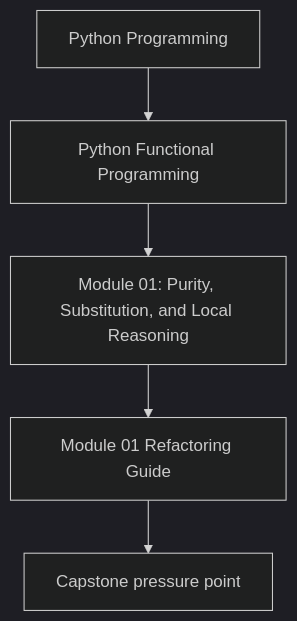
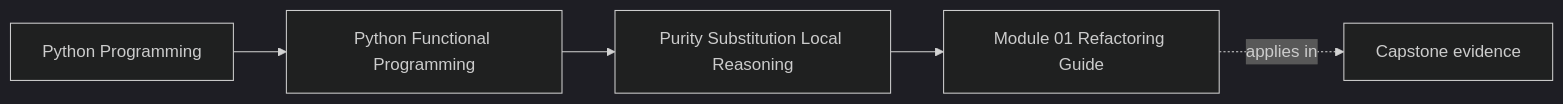
One commit to bijux/bijux-masterclass changed the first of 2 diagrams in programs/python-programming/python-functional-programming/course-book/module-01-purity-substitution-local-reasoning/refactoring-guide.md. Above: the diagram before and after it, drawn with Mermaid (dark theme). The commit also changed other lines of this file and 73 other files, not shown here.

Commit message:
docs(python-functional-programming): map orientation through streaming foundations

````diff
--- a/programs/python-programming/python-functional-programming/course-book/module-01-purity-substitution-local-reasoning/refactoring-guide.md
+++ b/programs/python-programming/python-functional-programming/course-book/module-01-purity-substitution-local-reasoning/refactoring-guide.md
@@ -7,7 +7,11 @@
 ```mermaid
-flowchart TD
-  family["Python Programming"] --> program["Python Functional Programming"]
-  program --> module["Module 01: Purity, Substitution, and Local Reasoning"]
-  module --> concept["Module 01 Refactoring Guide"]
-  concept --> capstone["Capstone pressure point"]
+graph LR
+  family["Python Programming"]
+  program["Python Functional Programming"]
+  section["Purity Substitution Local Reasoning"]
+  page["Module 01 Refactoring Guide"]
+  capstone["Capstone evidence"]
+
+  family --> program --> section --> page
+  page -.applies in.-> capstone
 ```
````
